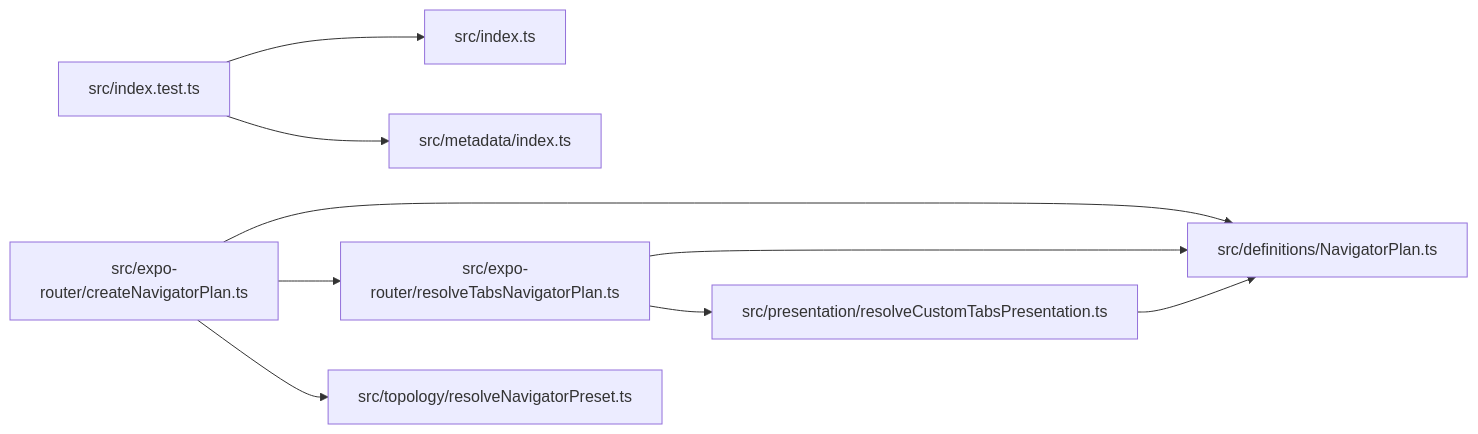
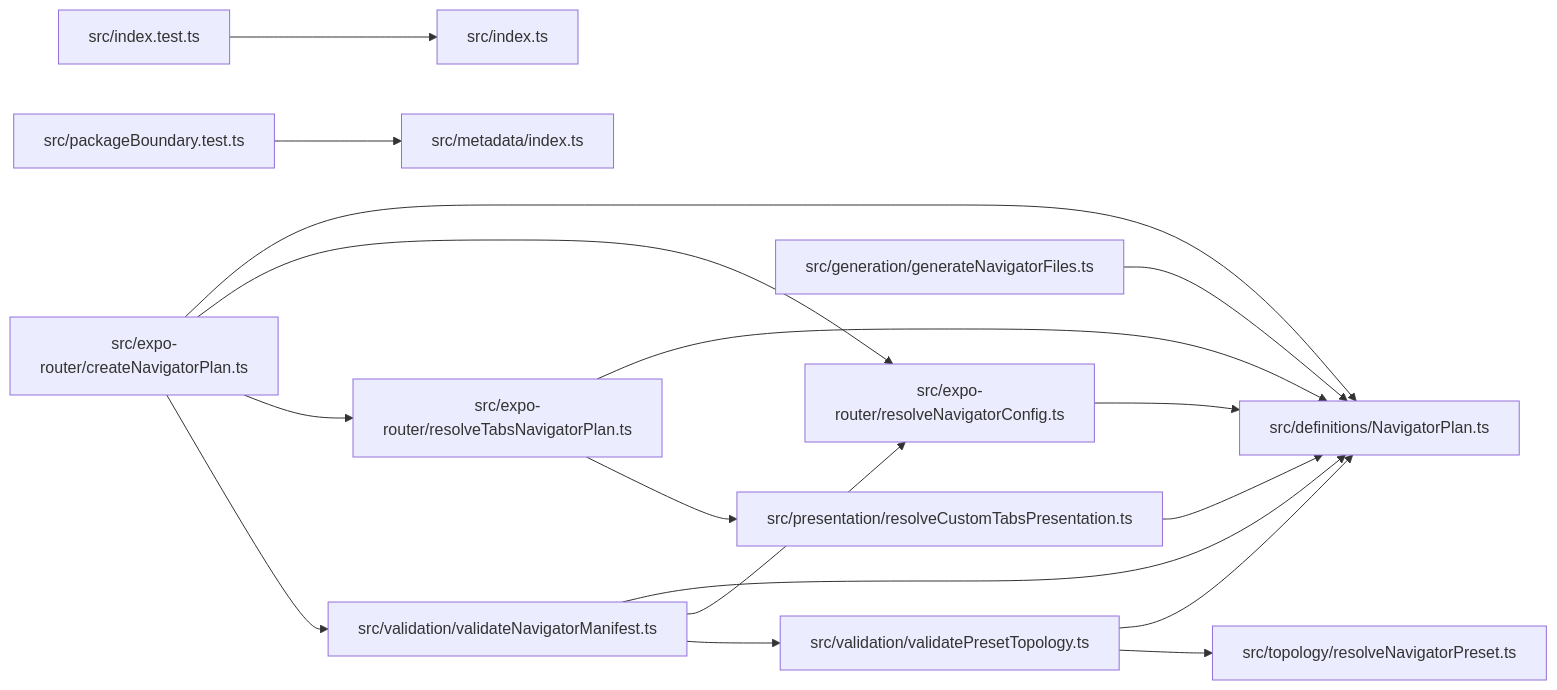
Before and after one commit to ankhorage/navigator: the diagram in paradox/diagrams/module-relationships.mmd, drawn with Mermaid. The commit also changed 24 other files, not shown here.

Commit message:
feat!: add validated navigator generation (#41)

```diff
--- a/paradox/diagrams/module-relationships.mmd
+++ b/paradox/diagrams/module-relationships.mmd
@@ -1,17 +1,30 @@
 graph LR
   module_src_definitions_NavigatorPlan_ts["src/definitions/NavigatorPlan.ts"]
   module_src_expo_router_createNavigatorPlan_ts["src/expo-router/createNavigatorPlan.ts"]
+  module_src_expo_router_resolveNavigatorConfig_ts["src/expo-router/resolveNavigatorConfig.ts"]
   module_src_expo_router_resolveTabsNavigatorPlan_ts["src/expo-router/resolveTabsNavigatorPlan.ts"]
+  module_src_generation_generateNavigatorFiles_ts["src/generation/generateNavigatorFiles.ts"]
   module_src_index_test_ts["src/index.test.ts"]
   module_src_index_ts["src/index.ts"]
   module_src_metadata_index_ts["src/metadata/index.ts"]
+  module_src_packageBoundary_test_ts["src/packageBoundary.test.ts"]
   module_src_presentation_resolveCustomTabsPresentation_ts["src/presentation/resolveCustomTabsPresentation.ts"]
   module_src_topology_resolveNavigatorPreset_ts["src/topology/resolveNavigatorPreset.ts"]
+  module_src_validation_validateNavigatorManifest_ts["src/validation/validateNavigatorManifest.ts"]
+  module_src_validation_validatePresetTopology_ts["src/validation/validatePresetTopology.ts"]
   module_src_expo_router_createNavigatorPlan_ts --> module_src_definitions_NavigatorPlan_ts
+  module_src_expo_router_createNavigatorPlan_ts --> module_src_expo_router_resolveNavigatorConfig_ts
   module_src_expo_router_createNavigatorPlan_ts --> module_src_expo_router_resolveTabsNavigatorPlan_ts
-  module_src_expo_router_createNavigatorPlan_ts --> module_src_topology_resolveNavigatorPreset_ts
+  module_src_expo_router_createNavigatorPlan_ts --> module_src_validation_validateNavigatorManifest_ts
+  module_src_expo_router_resolveNavigatorConfig_ts --> module_src_definitions_NavigatorPlan_ts
   module_src_expo_router_resolveTabsNavigatorPlan_ts --> module_src_definitions_NavigatorPlan_ts
   module_src_expo_router_resolveTabsNavigatorPlan_ts --> module_src_presentation_resolveCustomTabsPresentation_ts
+  module_src_generation_generateNavigatorFiles_ts --> module_src_definitions_NavigatorPlan_ts
   module_src_index_test_ts --> module_src_index_ts
-  module_src_index_test_ts --> module_src_metadata_index_ts
+  module_src_packageBoundary_test_ts --> module_src_metadata_index_ts
   module_src_presentation_resolveCustomTabsPresentation_ts --> module_src_definitions_NavigatorPlan_ts
+  module_src_validation_validateNavigatorManifest_ts --> module_src_definitions_NavigatorPlan_ts
+  module_src_validation_validateNavigatorManifest_ts --> module_src_expo_router_resolveNavigatorConfig_ts
+  module_src_validation_validateNavigatorManifest_ts --> module_src_validation_validatePresetTopology_ts
+  module_src_validation_validatePresetTopology_ts --> module_src_definitions_NavigatorPlan_ts
+  module_src_validation_validatePresetTopology_ts --> module_src_topology_resolveNavigatorPreset_ts
```
